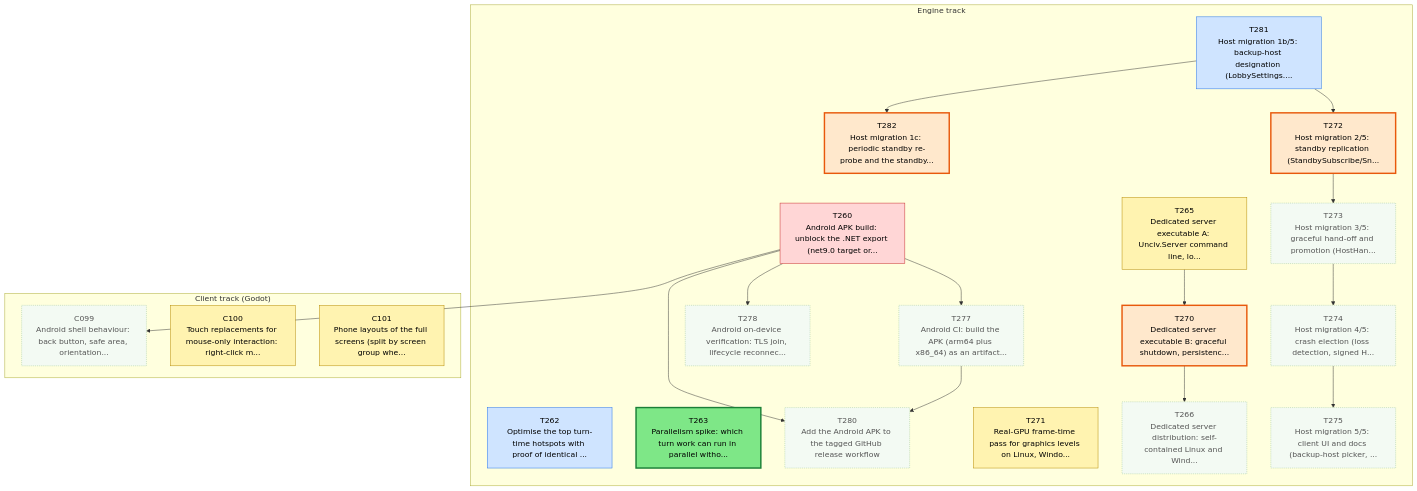
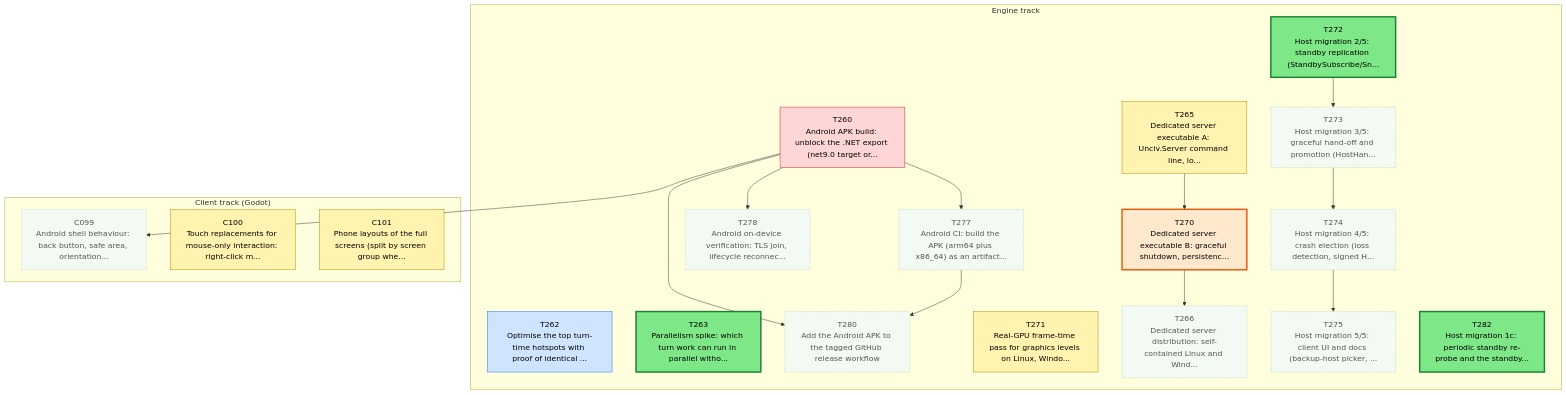
The first of 3 diagrams in csharp/migration/DEPENDENCY_MAP.md (Kenmura/Unciv), drawn with Mermaid before and after one commit. The commit also changed other lines of this file and 1 other file, not shown here.

Commit message:
migration: review T281 pass [Adversarial Review]

````diff
--- a/csharp/migration/DEPENDENCY_MAP.md
+++ b/csharp/migration/DEPENDENCY_MAP.md
@@ -35,64 +35,60 @@
 ```mermaid
 flowchart TD
   subgraph TTRACK["Engine track"]
     T260["T260<br/>Android APK build: unblock the .NET export (net9.0 target or..."]
     T262["T262<br/>Optimise the top turn-time hotspots with proof of identical ..."]
     T263["T263<br/>Parallelism spike: which turn work can run in parallel witho..."]
     T265["T265<br/>Dedicated server executable A: Unciv.Server command line, lo..."]
     T266["T266<br/>Dedicated server distribution: self-contained Linux and Wind..."]
     T270["T270<br/>Dedicated server executable B: graceful shutdown, persistenc..."]
     T271["T271<br/>Real-GPU frame-time pass for graphics levels on Linux, Windo..."]
     T272["T272<br/>Host migration 2/5: standby replication (StandbySubscribe/Sn..."]
     T273["T273<br/>Host migration 3/5: graceful hand-off and promotion (HostHan..."]
     T274["T274<br/>Host migration 4/5: crash election (loss detection, signed H..."]
     T275["T275<br/>Host migration 5/5: client UI and docs (backup-host picker, ..."]
     T277["T277<br/>Android CI: build the APK (arm64 plus x86_64) as an artifact..."]
     T278["T278<br/>Android on-device verification: TLS join, lifecycle reconnec..."]
     T280["T280<br/>Add the Android APK to the tagged GitHub release workflow"]
-    T281["T281<br/>Host migration 1b/5: backup-host designation (LobbySettings...."]
     T282["T282<br/>Host migration 1c: periodic standby re-probe and the standby..."]
   end
   subgraph CTRACK["Client track (Godot)"]
     C099["C099<br/>Android shell behaviour: back button, safe area, orientation..."]
     C100["C100<br/>Touch replacements for mouse-only interaction: right-click m..."]
     C101["C101<br/>Phone layouts of the full screens (split by screen group whe..."]
   end
   T270 --> T266
   T265 --> T270
-  T281 --> T272
   T272 --> T273
   T273 --> T274
   T274 --> T275
   T260 --> T277
   T260 --> T278
   T260 --> T280
   T277 --> T280
-  T281 --> T282
   T260 --> C099
   classDef waiting fill:#f3faf3,stroke:#9bc49b,color:#555,stroke-dasharray:2 2
   classDef ondeck fill:#ffe8cc,stroke:#e8590c,stroke-width:3px,color:#000
   classDef ready fill:#7ee787,stroke:#1a7f37,stroke-width:3px,color:#000
   classDef prog fill:#fff3b0,stroke:#b58900,color:#000
   classDef review fill:#cfe4ff,stroke:#1f6feb,color:#000
   classDef blocked fill:#ffd6d6,stroke:#c62828,color:#000
   classDef done fill:#eeeeee,stroke:#999999,color:#666,stroke-dasharray:4 3
   class C099 waiting
   class C100 prog
   class C101 prog
   class T260 blocked
   class T262 review
   class T263 ready
   class T265 prog
   class T266 waiting
   class T270 ondeck
   class T271 prog
-  class T272 ondeck
+  class T272 ready
   class T273 waiting
   class T274 waiting
   class T275 waiting
   class T277 waiting
   class T278 waiting
   class T280 waiting
-  class T281 review
-  class T282 ondeck
+  class T282 ready
 ```
````
